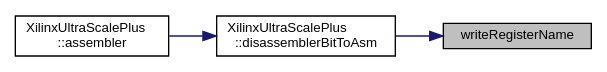
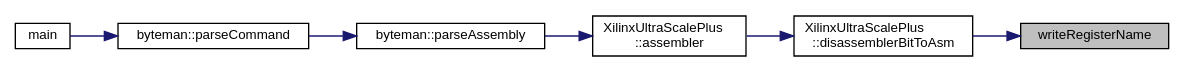
One commit to FPGA-Research-Manchester/byteman changed the diagram in XilinxUltraScalePlusAssembler_8cpp_a793836ba10771d5ae480d3af3c337a0f_icgraph.dot. Above: the diagram before and after it, drawn with Graphviz. The commit also changed 713 other files, not shown here.

```diff
--- a/XilinxUltraScalePlusAssembler_8cpp_a793836ba10771d5ae480d3af3c337a0f_icgraph.dot
+++ b/XilinxUltraScalePlusAssembler_8cpp_a793836ba10771d5ae480d3af3c337a0f_icgraph.dot
@@ -1,13 +1,19 @@
 digraph "writeRegisterName"
 {
  // INTERACTIVE_SVG=YES
  // LATEX_PDF_SIZE
   edge [fontname="Helvetica",fontsize="10",labelfontname="Helvetica",labelfontsize="10"];
   node [fontname="Helvetica",fontsize="10",shape=record];
   rankdir="RL";
   Node1 [label="writeRegisterName",height=0.2,width=0.4,color="black", fillcolor="grey75", style="filled", fontcolor="black",tooltip=" "];
   Node1 -> Node2 [dir="back",color="midnightblue",fontsize="10",style="solid",fontname="Helvetica"];
   Node2 [label="XilinxUltraScalePlus\l::disassemblerBitToAsm",height=0.2,width=0.4,color="black", fillcolor="white", style="filled",URL="$classXilinxUltraScalePlus.html#a54f9af4b6723a99c0b9e8e9c9b424d00",tooltip=" "];
   Node2 -> Node3 [dir="back",color="midnightblue",fontsize="10",style="solid",fontname="Helvetica"];
   Node3 [label="XilinxUltraScalePlus\l::assembler",height=0.2,width=0.4,color="black", fillcolor="white", style="filled",URL="$classXilinxUltraScalePlus.html#a53e5f6ec962f1f2a961f90b8b9e90e10",tooltip=" "];
+  Node3 -> Node4 [dir="back",color="midnightblue",fontsize="10",style="solid",fontname="Helvetica"];
+  Node4 [label="byteman::parseAssembly",height=0.2,width=0.4,color="black", fillcolor="white", style="filled",URL="$classbyteman.html#a5e7f2e31d95626075a6ce22b54ecbbf8",tooltip=" "];
+  Node4 -> Node5 [dir="back",color="midnightblue",fontsize="10",style="solid",fontname="Helvetica"];
+  Node5 [label="byteman::parseCommand",height=0.2,width=0.4,color="black", fillcolor="white", style="filled",URL="$classbyteman.html#a97ad2d6b20a10ddb0dd8d373159eea4e",tooltip=" "];
+  Node5 -> Node6 [dir="back",color="midnightblue",fontsize="10",style="solid",fontname="Helvetica"];
+  Node6 [label="main",height=0.2,width=0.4,color="black", fillcolor="white", style="filled",URL="$byteman_8cpp.html#a0ddf1224851353fc92bfbff6f499fa97",tooltip=" "];
 }
```
